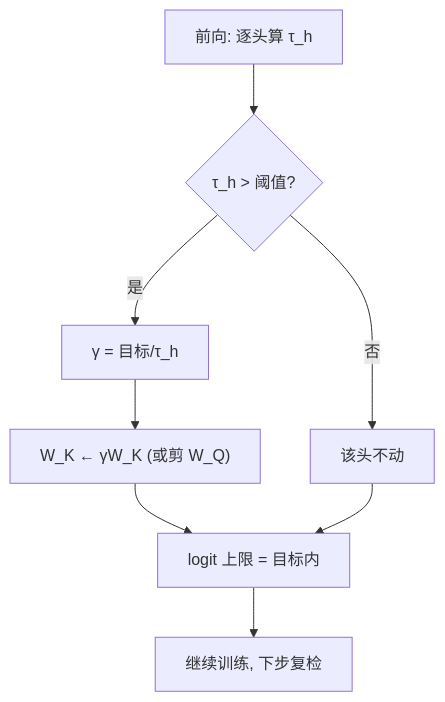
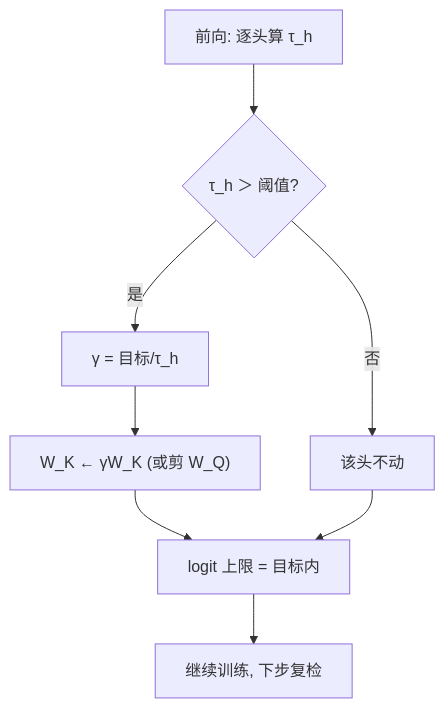
The first of 2 diagrams in docs/llm/qk-clip.md (xhongduo-tech/xhongduo-tech.github.io), drawn with Mermaid before and after one commit. The commit also changed other lines of this file and 291 other files, not shown here.

Commit message:
Normalize lesson titles to tree names and repair mermaid arrow/quote syntax site-wide.

````diff
--- a/docs/llm/qk-clip.md
+++ b/docs/llm/qk-clip.md
@@ -28,10 +28,10 @@
 ```mermaid
 flowchart TD
-  A["前向: 逐头算 τ_h"] --> B{"τ_h > 阈值?"}
+  A["前向: 逐头算 τ_h"] --> B{"τ_h ＞ 阈值?"}
   B -->|"是"| C["γ = 目标/τ_h"]
   C --> D["W_K ← γW_K (或剪 W_Q)"]
   B -->|"否"| E["该头不动"]
   D --> F["logit 上限 = 目标内"]
   E --> F
   F --> G["继续训练, 下步复检"]
 ```
````
